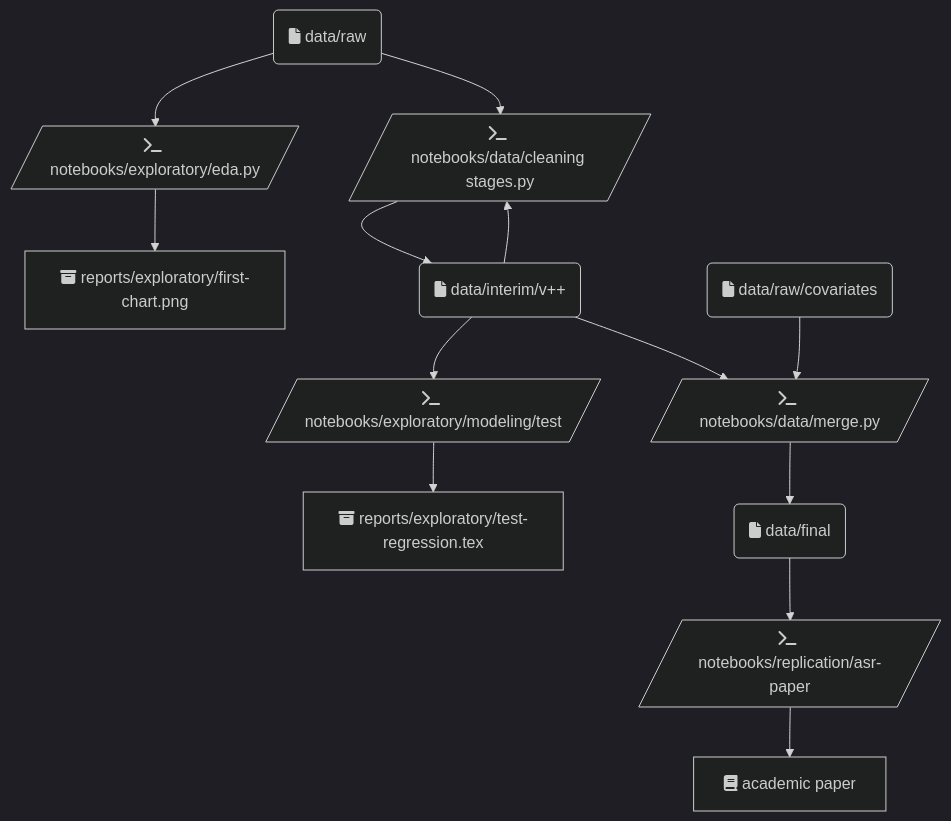
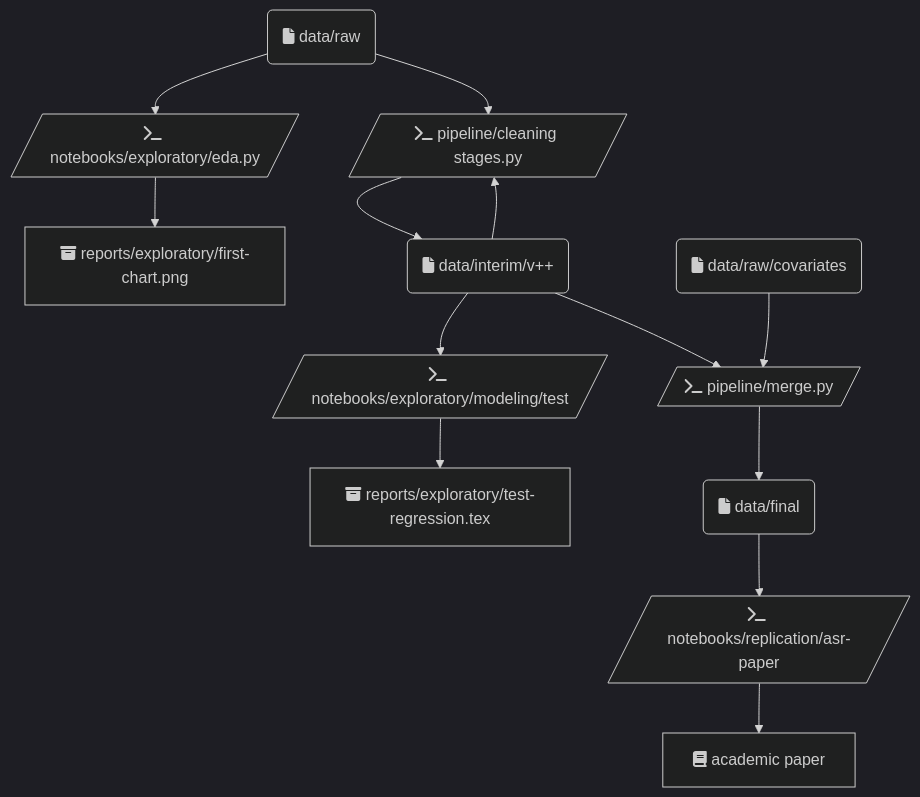
Before and after one commit to eric-mc2/cookiecutter-reproducible-science: the second of 2 diagrams in README.md, drawn with Mermaid (dark theme). The commit also changed other lines of this file and 2 other files, not shown here.

Commit message:
move data pipeline into obvious language-agnostic folder

````diff
--- a/README.md
+++ b/README.md
@@ -87,20 +99,20 @@
 ```mermaid
 flowchart TD
     RAW("fa:fa-file data/raw")
     RAW --> EDA[/fa:fa-terminal notebooks/exploratory/eda.py/]
     EDA --> EXP[fa:fa-archive reports/exploratory/first-chart.png]
-    CLEAN[/fa:fa-terminal notebooks/data/cleaning stages.py/]
+    CLEAN[/fa:fa-terminal pipeline/cleaning stages.py/]
     RAW -->CLEAN
     CLEAN --> INT("fa:fa-file data/interim/v++")
     INT --> CLEAN
     REG1[/fa:fa-terminal notebooks/exploratory/modeling/test/]
     INT --> REG1
     REG1 --> TALK[fa:fa-archive reports/exploratory/test-regression.tex]
     MORE(fa:fa-file data/raw/covariates)
-    MORE --> MERGE[/fa:fa-terminal notebooks/data/merge.py/]
+    MORE --> MERGE[/fa:fa-terminal pipeline/merge.py/]
     INT --> MERGE
     MERGE --> FIN("fa:fa-file data/final")
     REG2[/fa:fa-terminal notebooks/replication/asr-paper/]
     FIN --> REG2
     REG2 --> PAPER[fa:fa-book academic paper]
 ```
````
